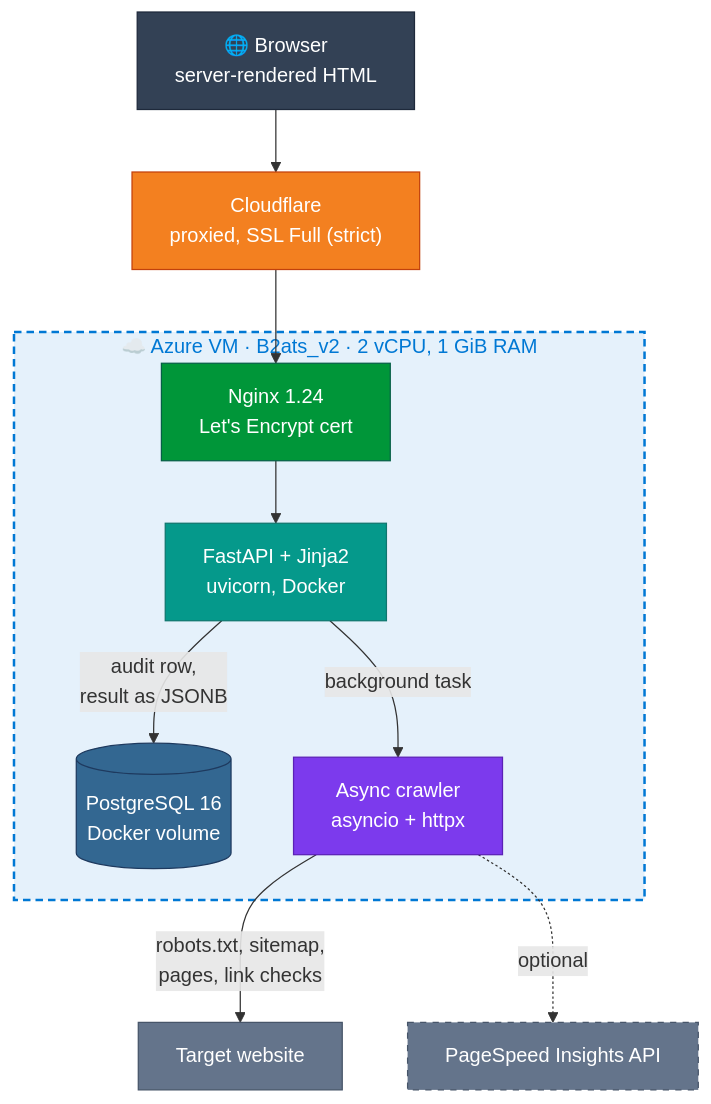
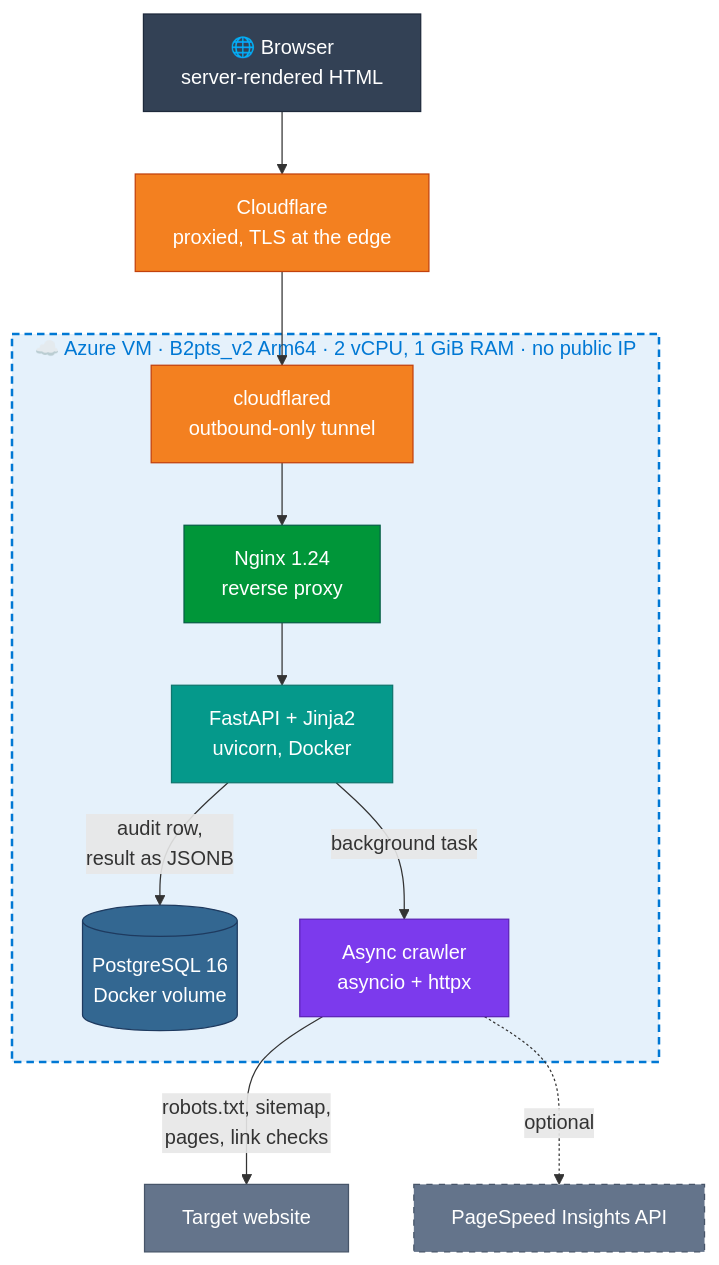
The diagram in README.md (vikramyadav1404/sitescope), drawn with Mermaid before and after one commit. The commit also changed other lines of this file, not shown here.

Commit message:
docs: README for the Arm VM behind Cloudflare Tunnel

````diff
--- a/README.md
+++ b/README.md
@@ -9,34 +9,35 @@
 ```mermaid
 flowchart TB
-    B["🌐 Browser<br/>server-rendered HTML"] --> CF["Cloudflare<br/>proxied, SSL Full (strict)"]
+    B["🌐 Browser<br/>server-rendered HTML"] --> CF["Cloudflare<br/>proxied, TLS at the edge"]
 
-    subgraph VM["☁️ Azure VM · B2ats_v2 · 2 vCPU, 1 GiB RAM"]
-        NG["Nginx 1.24<br/>Let's Encrypt cert"] --> API["FastAPI + Jinja2<br/>uvicorn, Docker"]
+    subgraph VM["☁️ Azure VM · B2pts_v2 Arm64 · 2 vCPU, 1 GiB RAM · no public IP"]
+        CFD["cloudflared<br/>outbound-only tunnel"] --> NG["Nginx 1.24<br/>reverse proxy"]
+        NG --> API["FastAPI + Jinja2<br/>uvicorn, Docker"]
         API -- "audit row,<br/>result as JSONB" --> DB[("PostgreSQL 16<br/>Docker volume")]
         API -- "background task" --> CR["Async crawler<br/>asyncio + httpx"]
     end
 
-    CF --> NG
+    CF --> CFD
     CR -- "robots.txt, sitemap,<br/>pages, link checks" --> T["Target website"]
     CR -. "optional" .-> PSI["PageSpeed Insights API"]
 
     classDef client fill:#334155,stroke:#1e293b,color:#ffffff
     classDef edge fill:#f38020,stroke:#c2410c,color:#ffffff
     classDef proxy fill:#009639,stroke:#065f46,color:#ffffff
     classDef app fill:#05998b,stroke:#0f766e,color:#ffffff
     classDef data fill:#336791,stroke:#1e3a5f,color:#ffffff
     classDef worker fill:#7c3aed,stroke:#5b21b6,color:#ffffff
     classDef ext fill:#64748b,stroke:#475569,color:#ffffff
     classDef optional fill:#64748b,stroke:#475569,color:#ffffff,stroke-dasharray:5 5
 
     class B client
-    class CF edge
+    class CF,CFD edge
     class NG proxy
     class API app
     class DB data
     class CR worker
     class T ext
     class PSI optional
 
     style VM fill:#0078d41a,stroke:#0078d4,stroke-width:2px,stroke-dasharray:6 4,color:#0078d4
 ```
````
